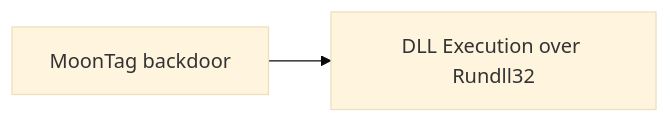
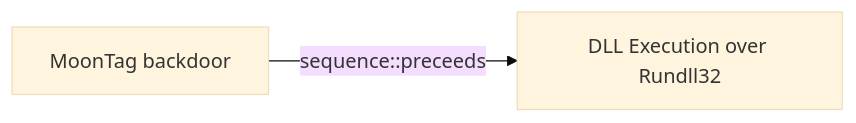
One commit to opentidehq/library changed the diagram in docs/threats/moontag-backdoor.md. Above: the diagram before and after it, drawn with Mermaid (base theme). The commit also changed other lines of this file and 277 other files, not shown here.

````diff
--- a/docs/threats/moontag-backdoor.md
+++ b/docs/threats/moontag-backdoor.md
@@ -64,6 +96,6 @@
 ```mermaid
 flowchart LR
 4110c951_3120_49fb_b54b_3d3aa896296b["MoonTag backdoor"]
 f3a392f7_3268_4c54_8bfa_8117b784f520["DLL Execution over Rundll32"]
-4110c951_3120_49fb_b54b_3d3aa896296b --> f3a392f7_3268_4c54_8bfa_8117b784f520
+4110c951_3120_49fb_b54b_3d3aa896296b -->|sequence::preceeds| f3a392f7_3268_4c54_8bfa_8117b784f520
 ```
````
